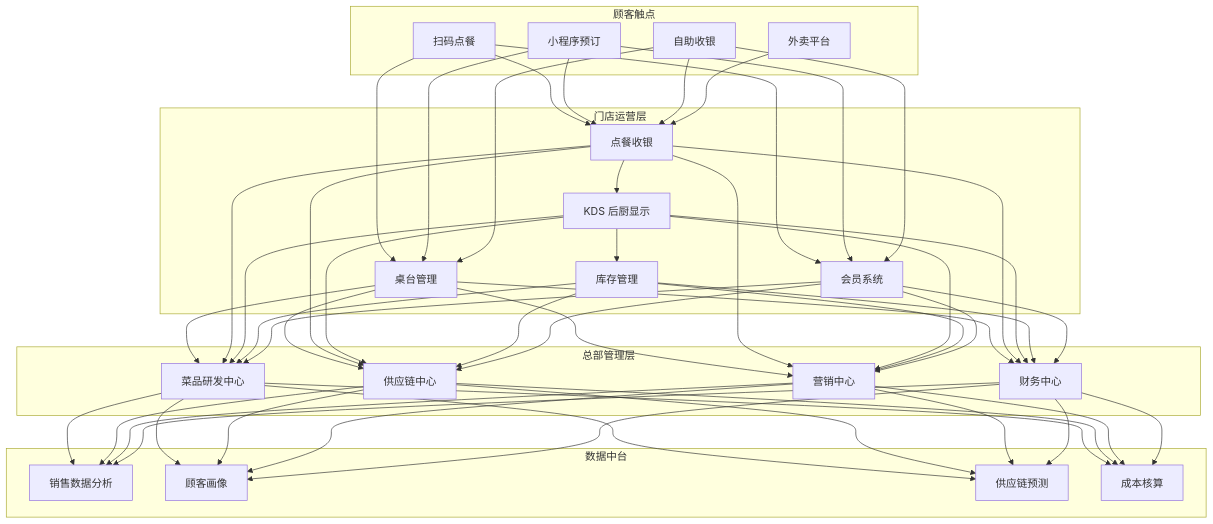
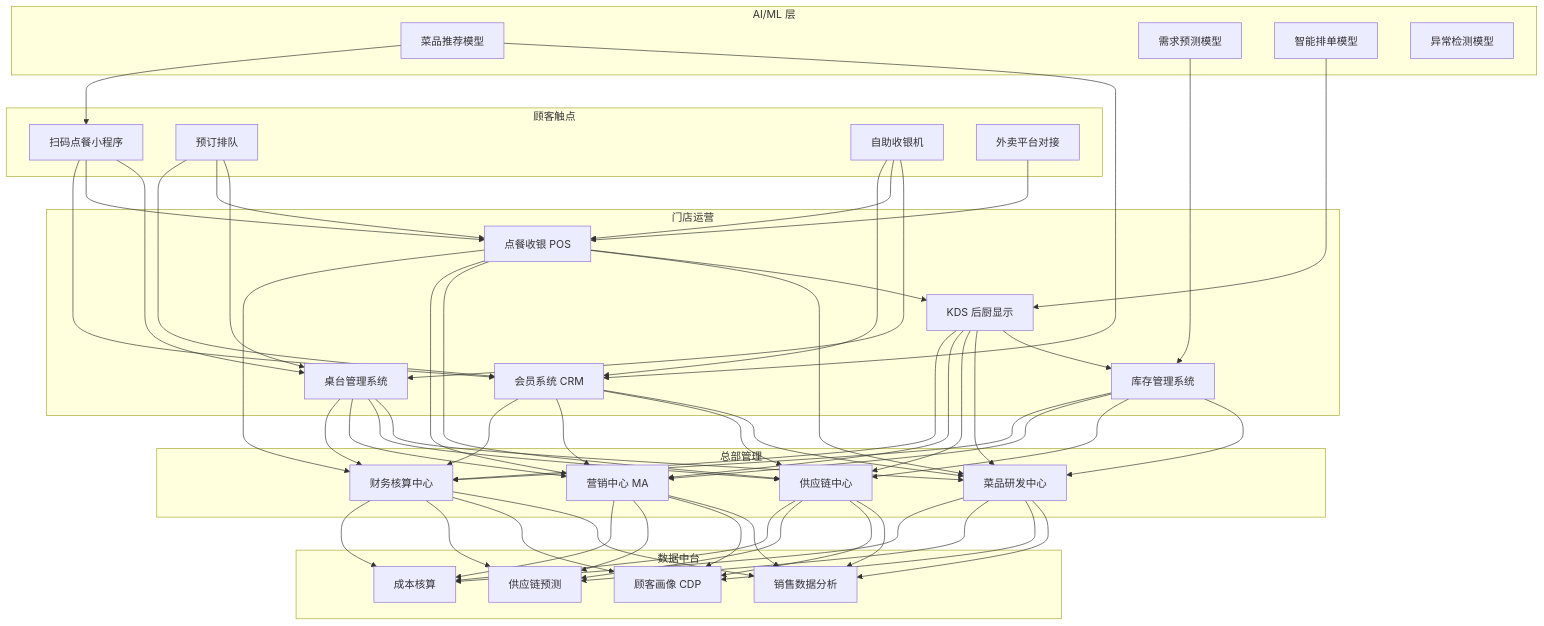
Before and after one commit to kudig-io/kudig-database: the first of 2 diagrams in topic-application-architecture/32-smart-restaurant.md, drawn with Mermaid. The commit also changed other lines of this file and 8633 other files, not shown here.

````diff
--- a/topic-application-architecture/32-smart-restaurant.md
+++ b/topic-application-architecture/32-smart-restaurant.md
@@ -49,38 +134,48 @@
 ```mermaid
 graph TB
-    subgraph 顾客触点
-        C1[扫码点餐]
-        C2[小程序预订]
-        C3[自助收银]
-        C4[外卖平台]
+    subgraph CustomerTouch["顾客触点"]
+        C1[扫码点餐小程序]
+        C2[预订排队]
+        C3[自助收银机]
+        C4[外卖平台对接]
     end
 
-    subgraph 门店运营层
-        O1[桌台管理]
-        O2[点餐收银]
+    subgraph StoreOps["门店运营"]
+        O1[桌台管理系统]
+        O2[点餐收银 POS]
         O3[KDS 后厨显示]
-        O4[库存管理]
-        O5[会员系统]
+        O4[库存管理系统]
+        O5[会员系统 CRM]
     end
 
-    subgraph 总部管理层
+    subgraph HQMgmt["总部管理"]
         H1[菜品研发中心]
         H2[供应链中心]
-        H3[营销中心]
-        H4[财务中心]
+        H3[营销中心 MA]
+        H4[财务核算中心]
     end
 
-    subgraph 数据中台
+    subgraph DataPlatform["数据中台"]
         D1[销售数据分析]
-        D2[顾客画像]
+        D2[顾客画像 CDP]
         D3[供应链预测]
         D4[成本核算]
+    end
+
+    subgraph AILayer["AI/ML 层"]
+        AI1[菜品推荐模型]
+        AI2[需求预测模型]
+        AI3[智能排单模型]
+        AI4[异常检测模型]
     end
 
     C1 & C2 & C3 --> O1 & O2 & O5
     C4 --> O2
     O2 --> O3
     O3 --> O4
     O1 & O2 & O3 & O4 & O5 --> H1 & H2 & H3 & H4
     H1 & H2 & H3 & H4 --> D1 & D2 & D3 & D4
+    AI1 --> O5 & C1
+    AI2 --> O4
+    AI3 --> O3
 ```
````
